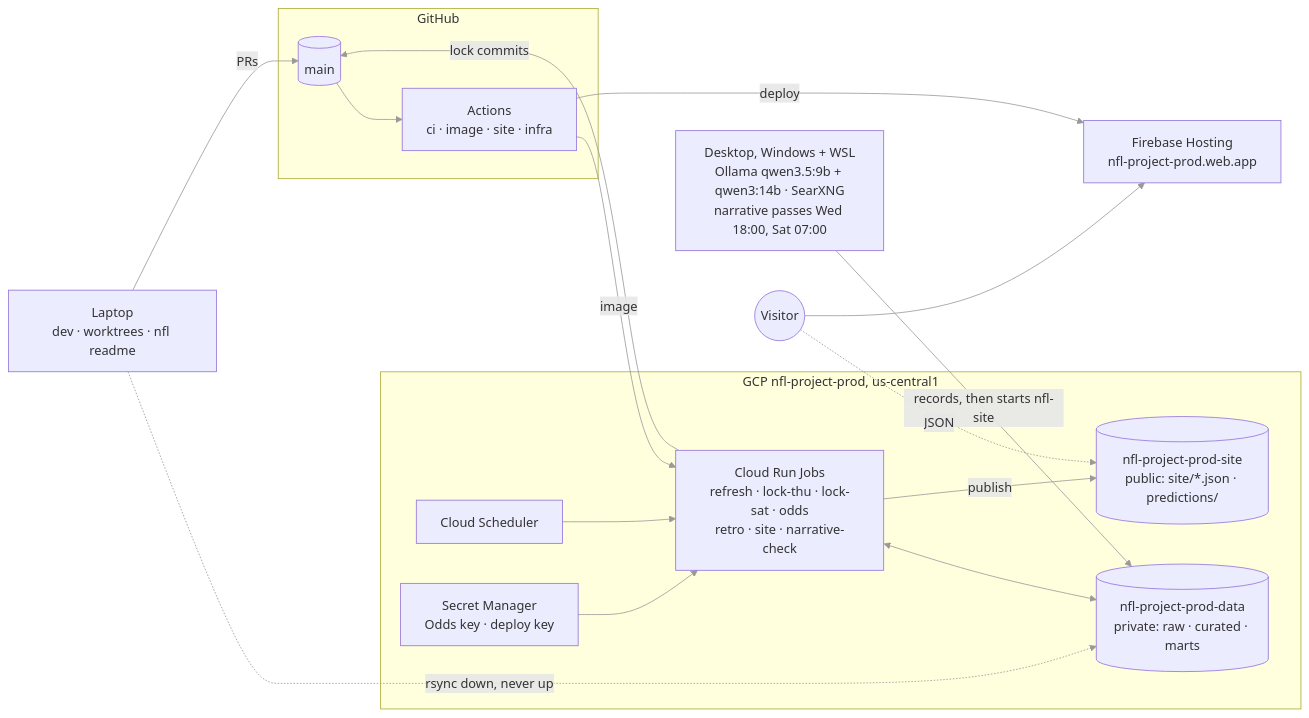
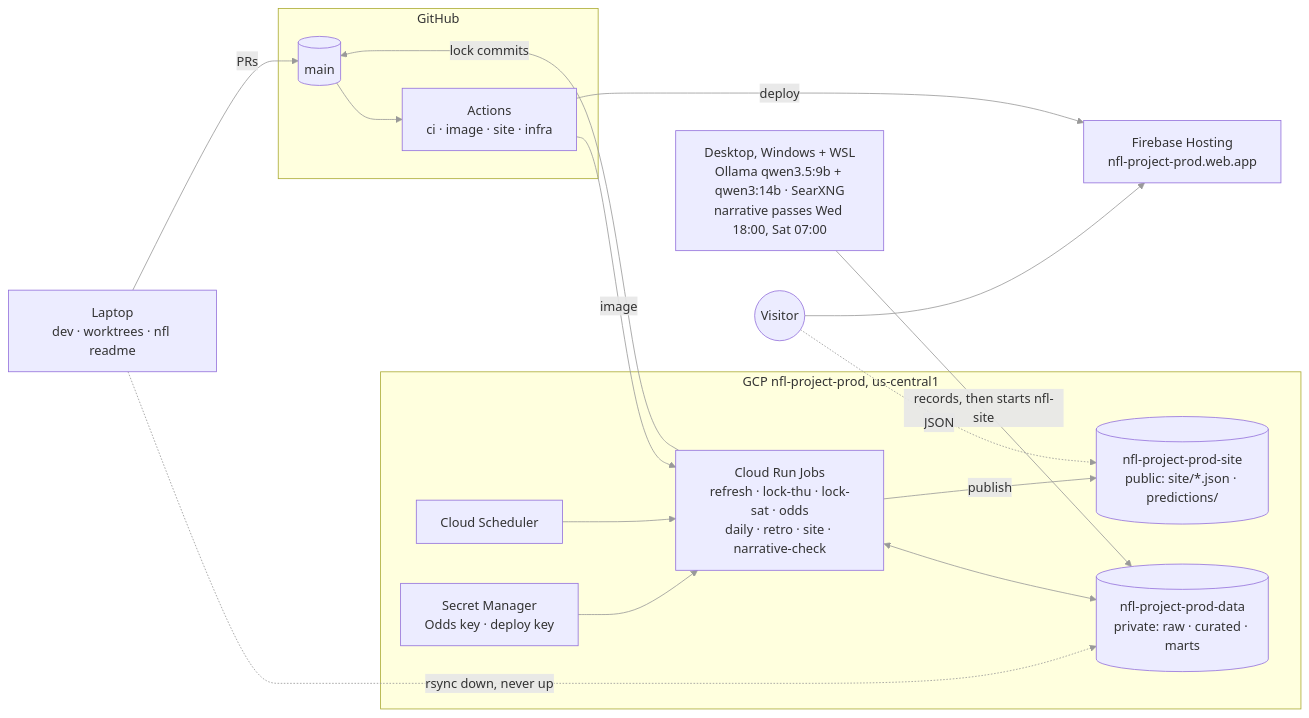
The diagram in docs/state.md (austin-chemelli/nfl-project), drawn with Mermaid before and after one commit. The commit also changed other lines of this file and 17 other files, not shown here.

````diff
--- a/docs/state.md
+++ b/docs/state.md
@@ -11,33 +11,33 @@
 ```mermaid
 %%{init: {'themeVariables': {'signalColor': '#999', 'signalTextColor': '#999', 'lineColor': '#999'}}}%%
 flowchart LR
     subgraph GH[GitHub]
         REPO[(main)]
         ACT[Actions<br/>ci · image · site · infra]
     end
     subgraph GCP[GCP nfl-project-prod, us-central1]
         SCHED[Cloud Scheduler]
-        JOBS[Cloud Run Jobs<br/>refresh · lock-thu · lock-sat · odds<br/>retro · site · narrative-check]
+        JOBS[Cloud Run Jobs<br/>refresh · lock-thu · lock-sat · odds<br/>daily · retro · site · narrative-check]
         DATA[(nfl-project-prod-data<br/>private: raw · curated · marts)]
         PUB[(nfl-project-prod-site<br/>public: site/*.json · predictions/)]
         SM[Secret Manager<br/>Odds key · deploy key]
     end
     FB[Firebase Hosting<br/>nfl-project-prod.web.app]
     DESK[Desktop, Windows + WSL<br/>Ollama qwen3.5:9b + qwen3:14b · SearXNG<br/>narrative passes Wed 18:00, Sat 07:00]
     LAP[Laptop<br/>dev · worktrees · nfl readme]
     V((Visitor))
 
     SCHED --> JOBS
     JOBS <--> DATA
     JOBS -- publish --> PUB
     SM --> JOBS
     JOBS -- lock commits --> REPO
     REPO --> ACT
     ACT -- image --> JOBS
     ACT -- deploy --> FB
     DESK -- records, then starts nfl-site --> DATA
     LAP -. rsync down, never up .-> DATA
     LAP -- PRs --> REPO
     V --> FB
     V -. JSON .-> PUB
 ```
````
